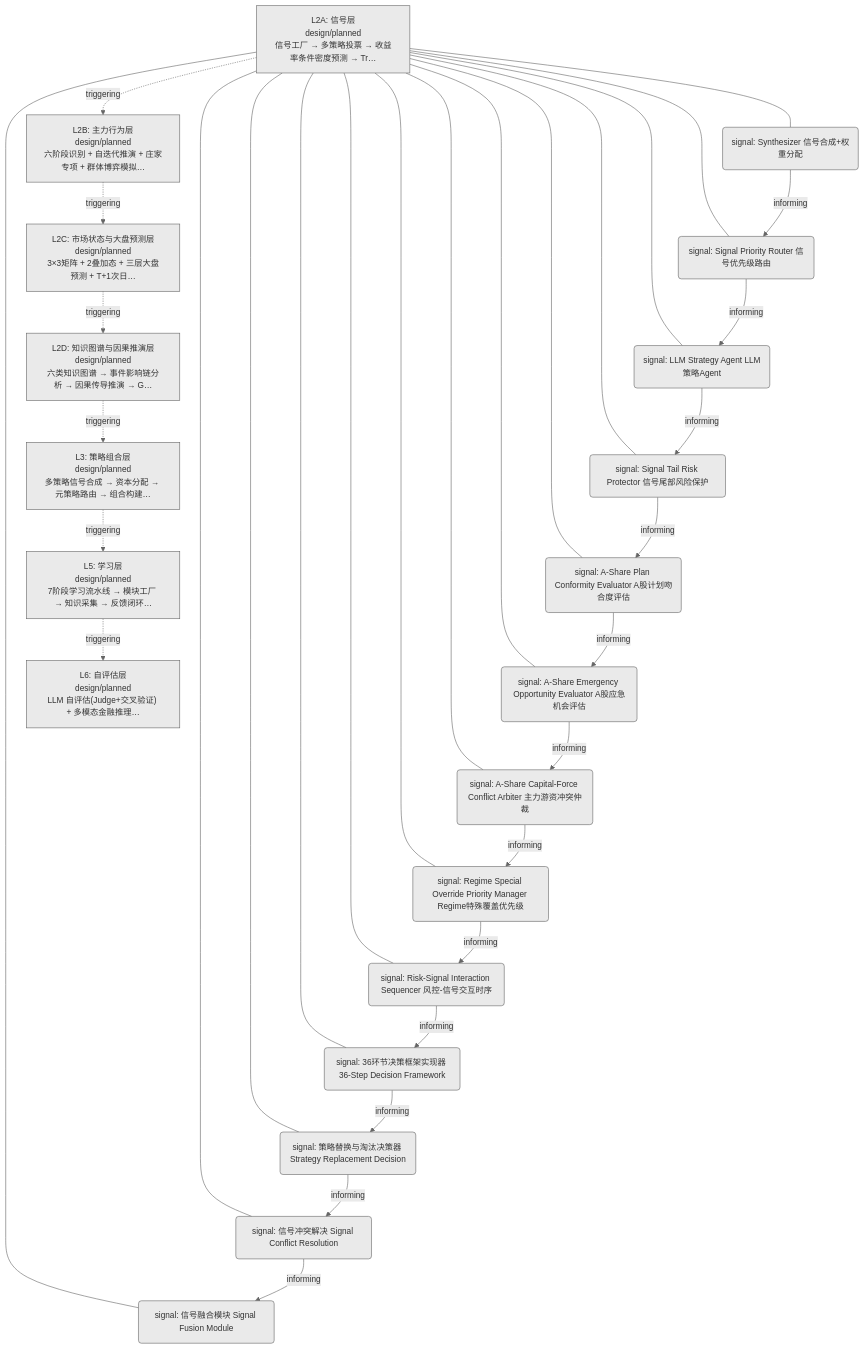
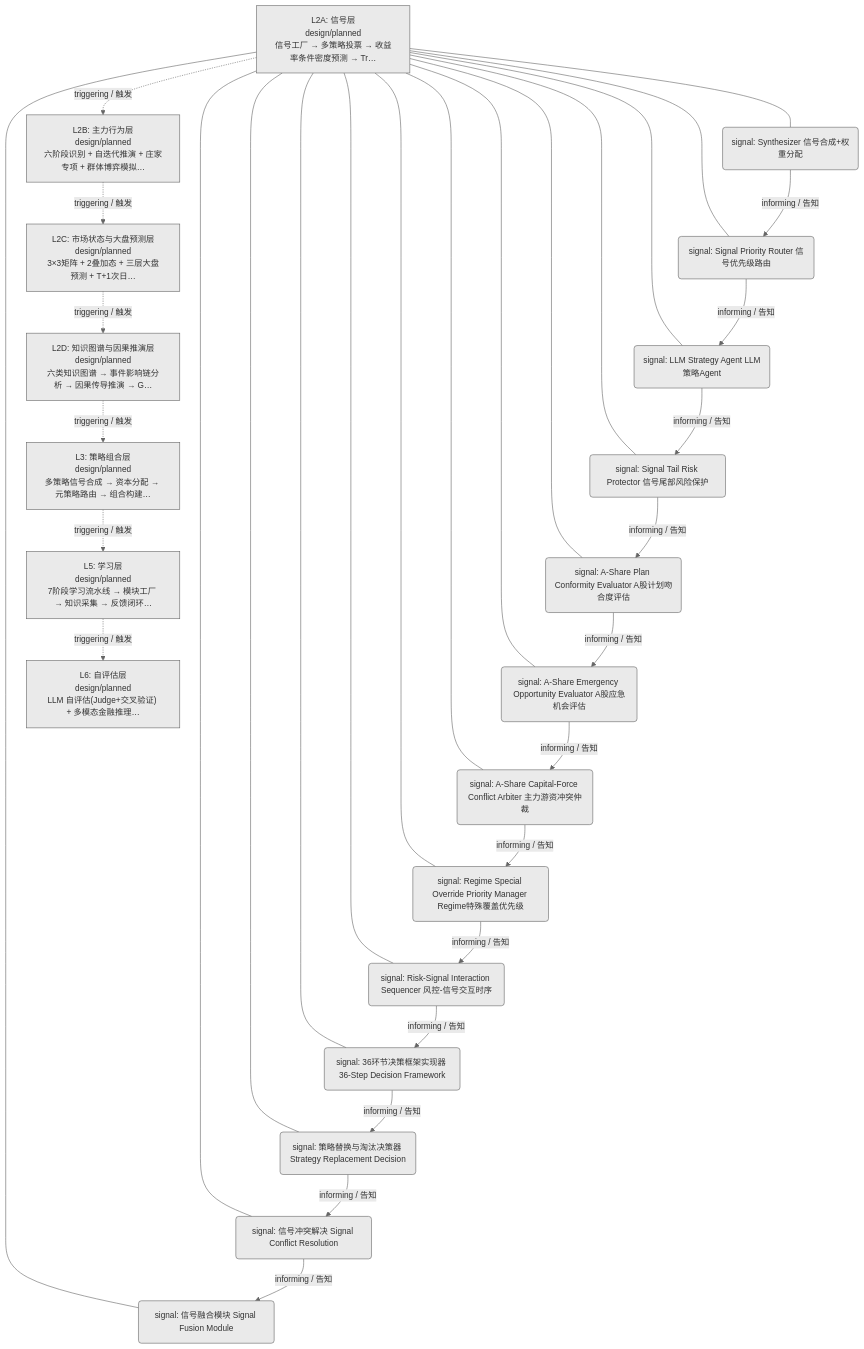
The first of 2 diagrams in docs/02_enterprise_architecture/06_decision_architecture/11_decision_l2a_signal.md (xuanFelixVan/ZephyrAlpha), drawn with Mermaid before and after one commit. The commit also changed other lines of this file and 23 other files, not shown here.

First line of the commit message:
feat(decision-diagram): mermaid 边标签加中文（triggering/触发 等）

````diff
--- a/docs/02_enterprise_architecture/06_decision_architecture/11_decision_l2a_signal.md
+++ b/docs/02_enterprise_architecture/06_decision_architecture/11_decision_l2a_signal.md
@@ -21,55 +21,55 @@
 ```mermaid
 %%{init: {'theme': 'base', 'themeVariables': {'primaryColor': '#eaeaea', 'primaryTextColor': '#333333', 'primaryBorderColor': '#666666', 'lineColor': '#666666', 'secondaryColor': '#eaeaea', 'tertiaryColor': '#eaeaea', 'fontSize': '14px'}}}%%
 flowchart TD
     LL2A["L2A: 信号层<br/>design/planned<br/>信号工厂 → 多策略投票 → 收益率条件密度预测 → Tr…"]
     N177("signal: Synthesizer 信号合成+权重分配")
     LL2A --- N177
     N178("signal: Signal Priority Router 信号优先级路由")
     LL2A --- N178
     N179("signal: LLM Strategy Agent LLM策略Agent")
     LL2A --- N179
     N180("signal: Signal Tail Risk Protector 信号尾部风险保护")
     LL2A --- N180
     N181("signal: A-Share Plan Conformity Evaluator A股计划吻合度评估")
     LL2A --- N181
     N182("signal: A-Share Emergency Opportunity Evaluator A股应急机会评估")
     LL2A --- N182
     N183("signal: A-Share Capital-Force Conflict Arbiter 主力游资冲突仲裁")
     LL2A --- N183
     N184("signal: Regime Special Override Priority Manager Regime特殊覆盖优先级")
     LL2A --- N184
     N185("signal: Risk-Signal Interaction Sequencer 风控-信号交互时序")
     LL2A --- N185
     N186("signal: 36环节决策框架实现器 36-Step Decision Framework")
     LL2A --- N186
     N187("signal: 策略替换与淘汰决策器 Strategy Replacement Decision")
     LL2A --- N187
     N188("signal: 信号冲突解决 Signal Conflict Resolution")
     LL2A --- N188
     N189("signal: 信号融合模块 Signal Fusion Module")
     LL2A --- N189
     LL2B["L2B: 主力行为层<br/>design/planned<br/>六阶段识别 + 自迭代推演 + 庄家专项 + 群体博弈模拟…"]
     LL2C["L2C: 市场状态与大盘预测层<br/>design/planned<br/>3×3矩阵 + 2叠加态 + 三层大盘预测 + T+1次日…"]
     LL2D["L2D: 知识图谱与因果推演层<br/>design/planned<br/>六类知识图谱 → 事件影响链分析 → 因果传导推演 → G…"]
     LL3["L3: 策略组合层<br/>design/planned<br/>多策略信号合成 → 资本分配 → 元策略路由 → 组合构建…"]
     LL5["L5: 学习层<br/>design/planned<br/>7阶段学习流水线 → 模块工厂 → 知识采集 → 反馈闭环…"]
     LL6["L6: 自评估层<br/>design/planned<br/>LLM 自评估(Judge+交叉验证) + 多模态金融推理…"]
-    LL2A -.->|triggering| LL2B
-    LL2B -.->|triggering| LL2C
-    LL2C -.->|triggering| LL2D
-    LL2D -.->|triggering| LL3
-    LL3 -.->|triggering| LL5
-    LL5 -.->|triggering| LL6
-    N177 -->|informing| N178
-    N178 -->|informing| N179
-    N179 -->|informing| N180
-    N180 -->|informing| N181
-    N181 -->|informing| N182
-    N182 -->|informing| N183
-    N183 -->|informing| N184
-    N184 -->|informing| N185
-    N185 -->|informing| N186
-    N186 -->|informing| N187
-    N187 -->|informing| N188
-    N188 -->|informing| N189
+    LL2A -.->|triggering / 触发| LL2B
+    LL2B -.->|triggering / 触发| LL2C
+    LL2C -.->|triggering / 触发| LL2D
+    LL2D -.->|triggering / 触发| LL3
+    LL3 -.->|triggering / 触发| LL5
+    LL5 -.->|triggering / 触发| LL6
+    N177 -->|informing / 告知| N178
+    N178 -->|informing / 告知| N179
+    N179 -->|informing / 告知| N180
+    N180 -->|informing / 告知| N181
+    N181 -->|informing / 告知| N182
+    N182 -->|informing / 告知| N183
+    N183 -->|informing / 告知| N184
+    N184 -->|informing / 告知| N185
+    N185 -->|informing / 告知| N186
+    N186 -->|informing / 告知| N187
+    N187 -->|informing / 告知| N188
+    N188 -->|informing / 告知| N189
 ```
````
